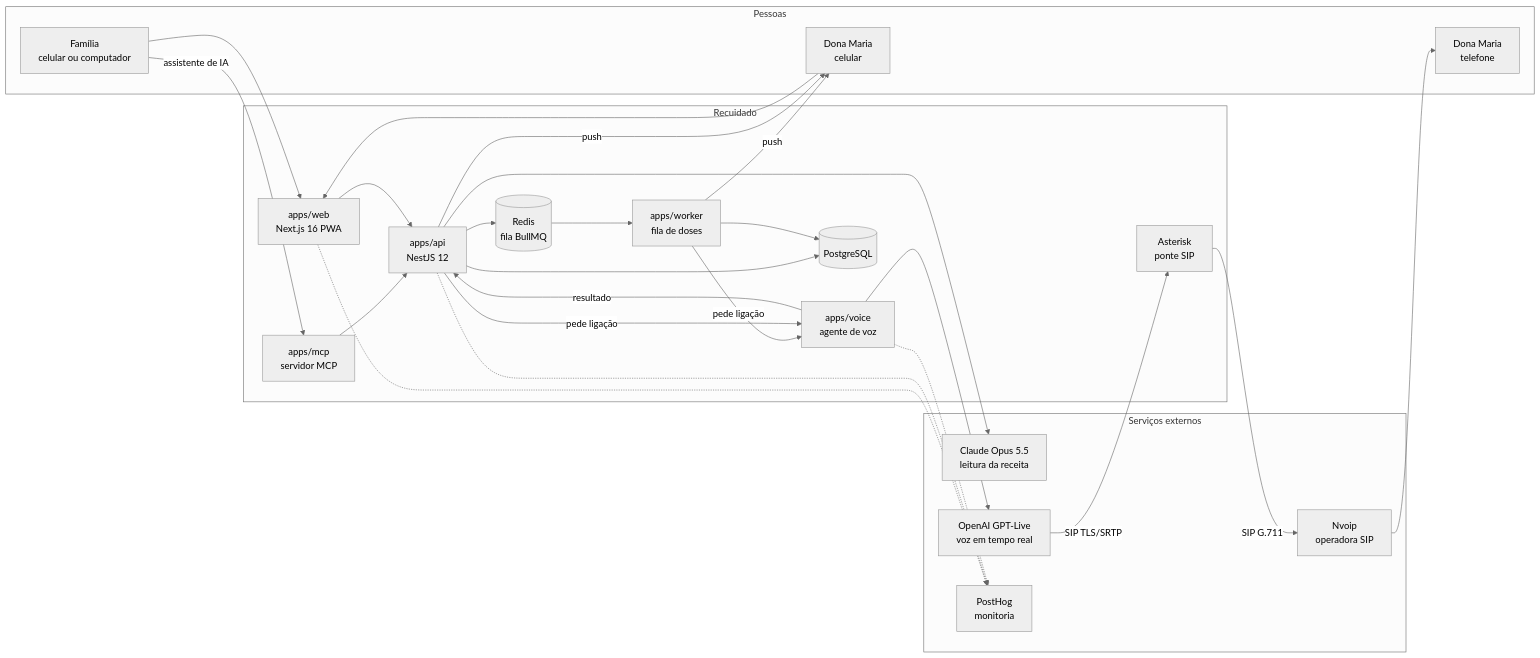
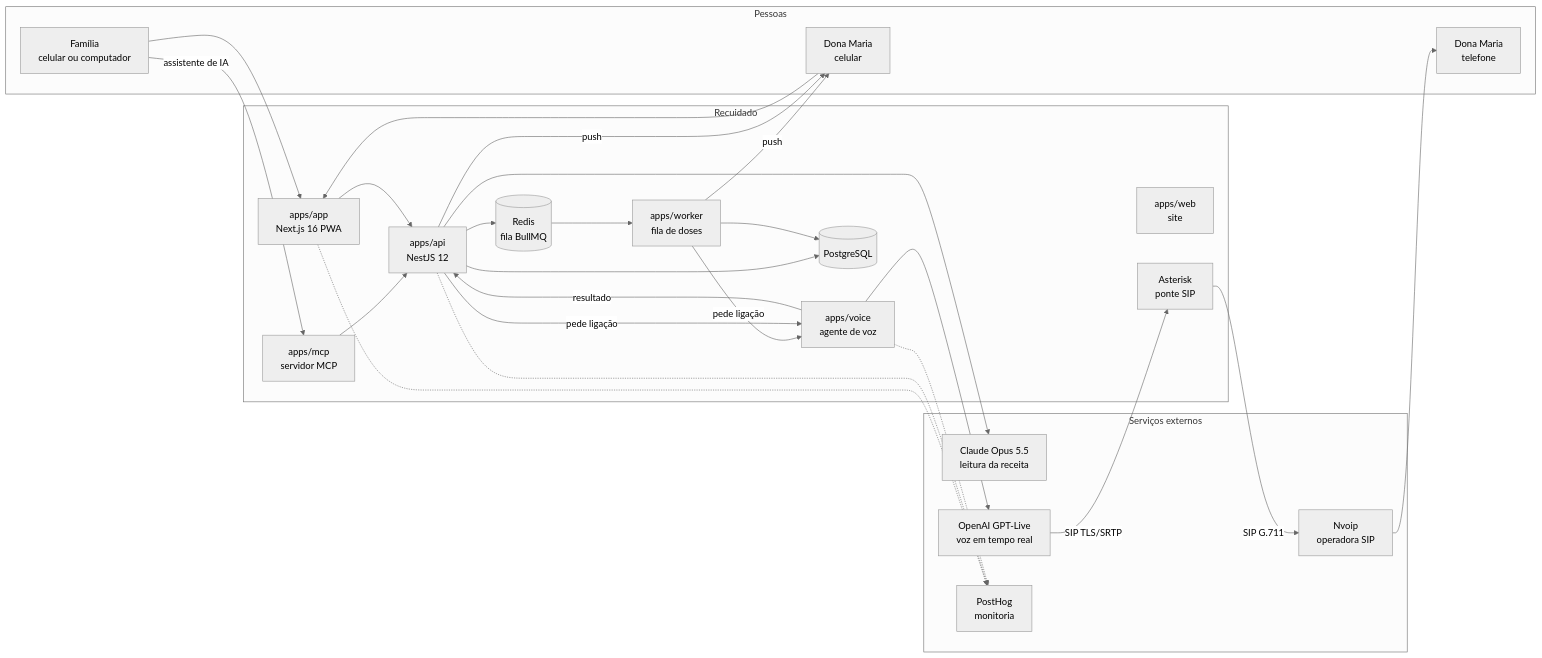
The first of 2 diagrams in README.md (lucianoiw/recuidado), drawn with Mermaid (neutral theme) before and after one commit. The commit also changed other lines of this file and 122 other files, not shown here.

First line of the commit message:
Move the product to apps/app (app.recuidado.com.br); apps/web becomes the site

````diff
--- a/README.md
+++ b/README.md
@@ -42,49 +42,50 @@
 ```mermaid
 flowchart LR
   subgraph pessoas [Pessoas]
     F[Família<br/>celular ou computador]
     M[Dona Maria<br/>celular]
     T[Dona Maria<br/>telefone]
   end
 
   subgraph app [Recuidado]
-    W[apps/web<br/>Next.js 16 PWA]
+    W[apps/app<br/>Next.js 16 PWA]
+    S[apps/web<br/>site]
     A[apps/api<br/>NestJS 12]
     Q[apps/worker<br/>fila de doses]
     V[apps/voice<br/>agente de voz]
     X[apps/mcp<br/>servidor MCP]
     K[Asterisk<br/>ponte SIP]
     P[(PostgreSQL)]
     R[(Redis<br/>fila BullMQ)]
   end
 
   subgraph ext [Serviços externos]
     C[Claude Opus 5.5<br/>leitura da receita]
     G[OpenAI GPT-Live<br/>voz em tempo real]
     N[Nvoip<br/>operadora SIP]
     H[PostHog<br/>monitoria]
   end
 
   F --> W
   F -- assistente de IA --> X
   X --> A
   M --> W
   W --> A
   A --> P
   A --> R
   R --> Q
   Q --> P
   Q -- push --> M
   Q -- pede ligação --> V
   A --> C
   A -- push --> M
   A -- pede ligação --> V
   V --> G
   G -- SIP TLS/SRTP --> K
   K -- SIP G.711 --> N
   N --> T
   V -- resultado --> A
   W -.-> H
   A -.-> H
   V -.-> H
 ```
````
